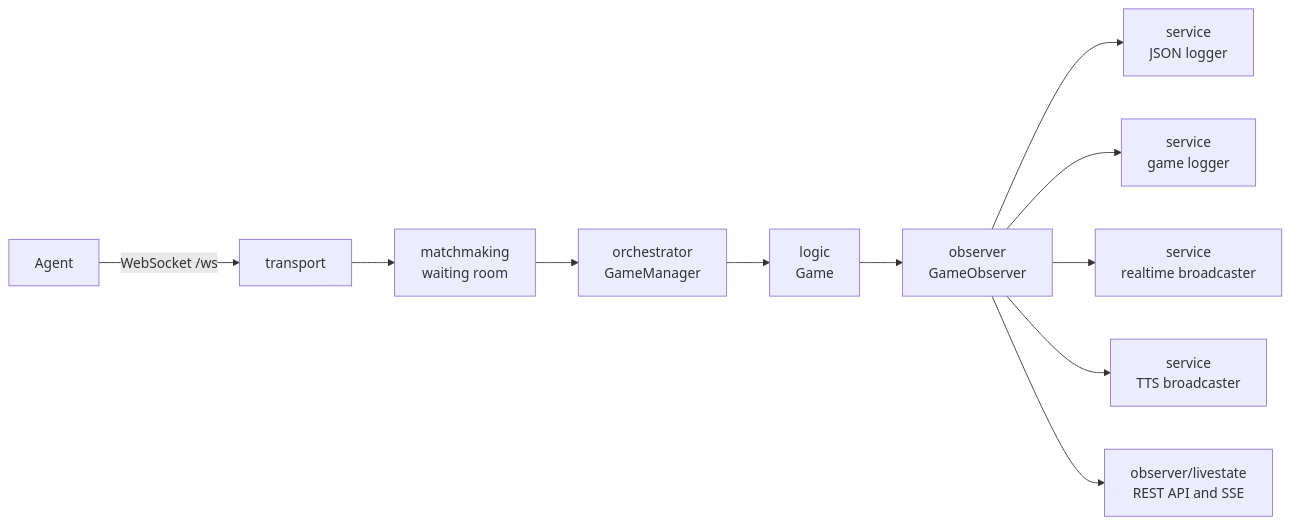
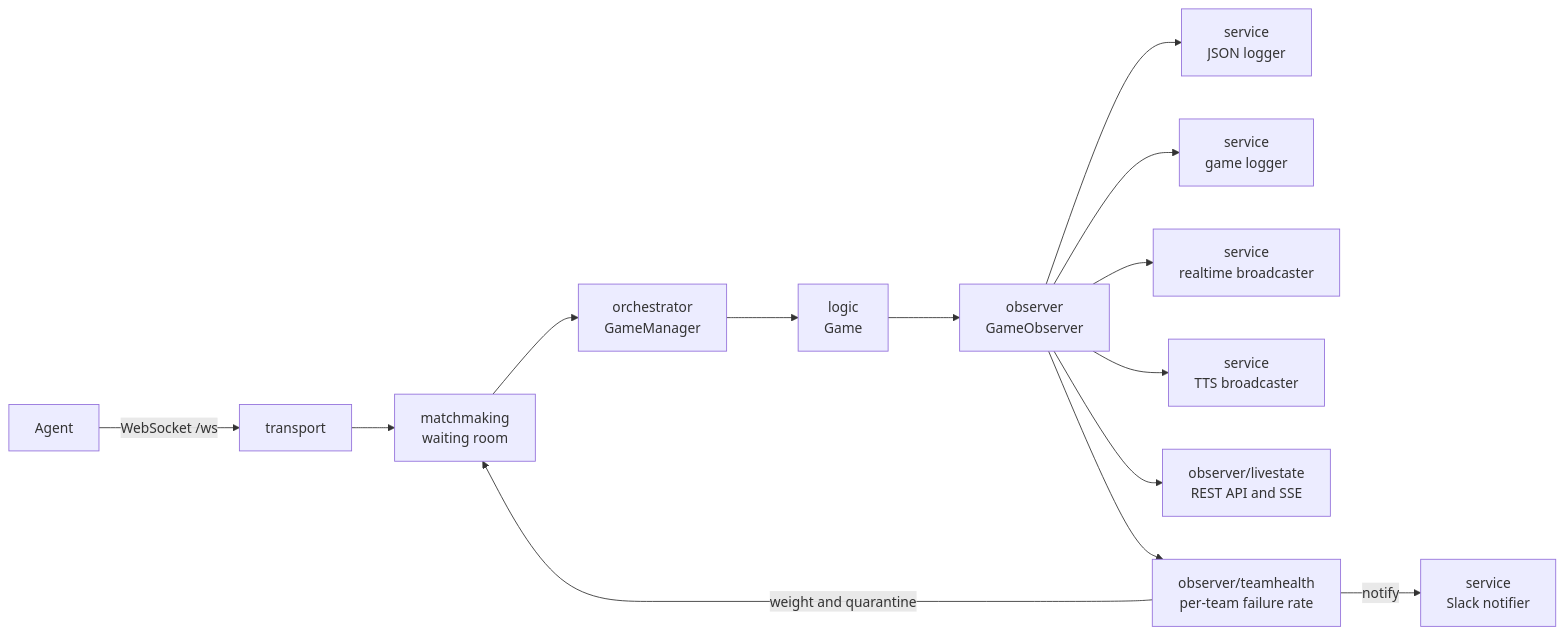
One commit to aiwolfdial/aiwolf-nlp-server changed the diagram in doc/en/architecture.md. Above: the diagram before and after it, drawn with Mermaid. The commit also changed other lines of this file and 25 other files, not shown here.

````diff
--- a/doc/en/architecture.md
+++ b/doc/en/architecture.md
@@ -14,13 +14,16 @@
 ```mermaid
 flowchart LR
     A["Agent"] -->|"WebSocket /ws"| T["transport"]
     T --> W["matchmaking<br/>waiting room"]
     W --> M["orchestrator<br/>GameManager"]
     M --> G["logic<br/>Game"]
     G --> O["observer<br/>GameObserver"]
     O --> S1["service<br/>JSON logger"]
     O --> S2["service<br/>game logger"]
     O --> S3["service<br/>realtime broadcaster"]
     O --> S4["service<br/>TTS broadcaster"]
     O --> S5["observer/livestate<br/>REST API and SSE"]
+    O --> S6["observer/teamhealth<br/>per-team failure rate"]
+    S6 -->|"weight and quarantine"| W
+    S6 -->|"notify"| S7["service<br/>Slack notifier"]
 ```
````
